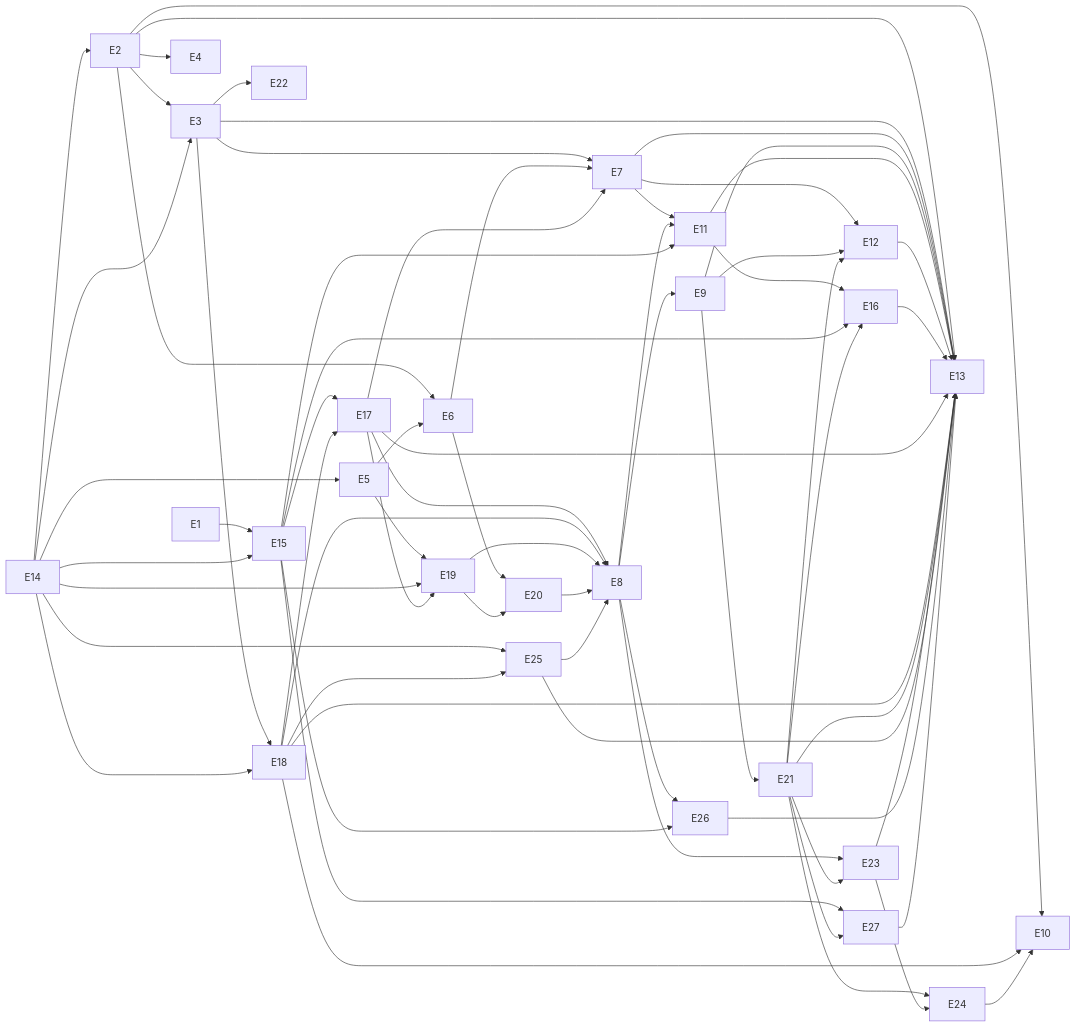
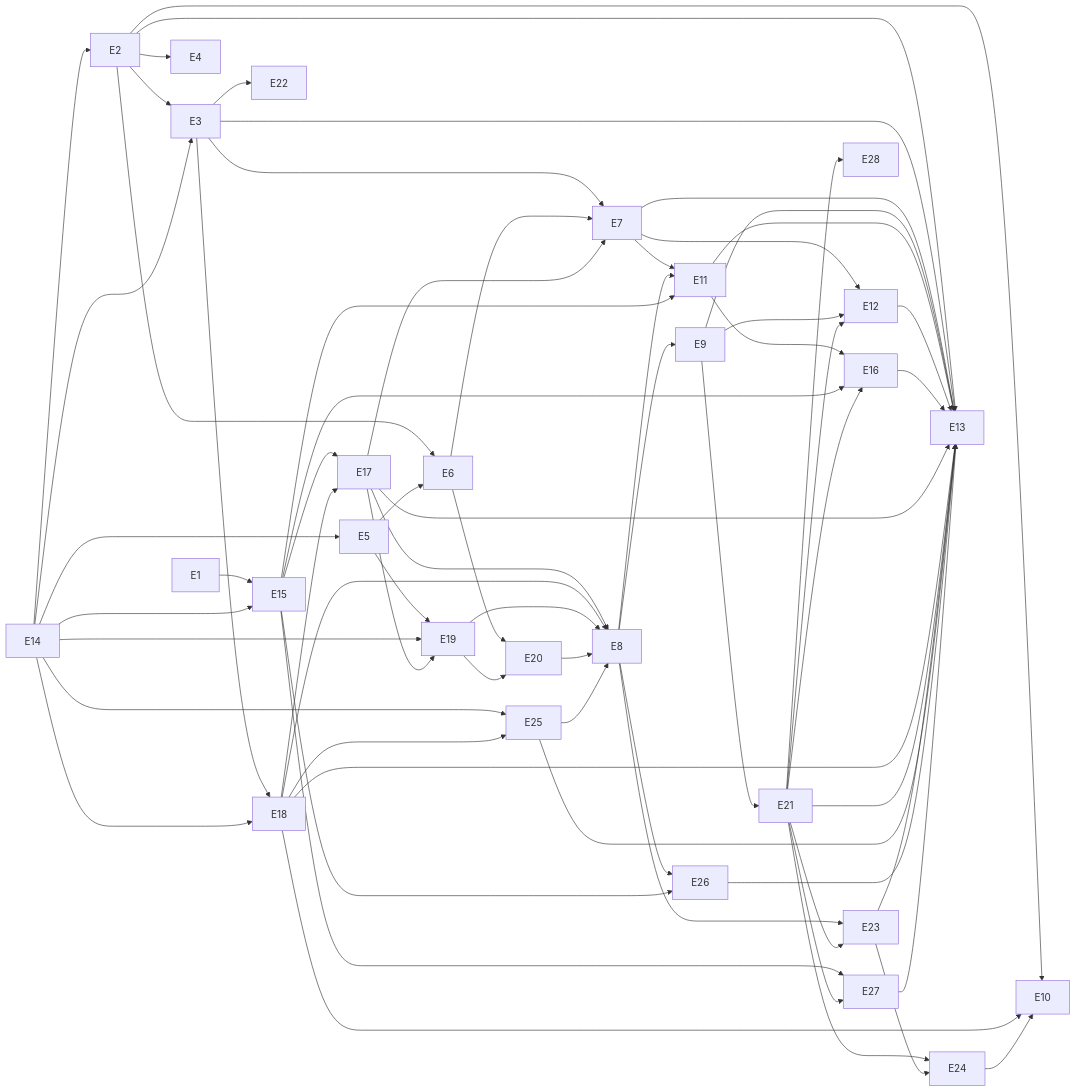
Before and after one commit to odeciojunior/claude-play: the diagram in docs/plans/roadmap-evolucao-skills/critical-path.md, drawn with Mermaid. The commit also changed 5 other files, not shown here.

Commit message:
docs(roadmap): DEC-597 emendada, estratégia v1.6 e card E28

````diff
--- a/docs/plans/roadmap-evolucao-skills/critical-path.md
+++ b/docs/plans/roadmap-evolucao-skills/critical-path.md
@@ -3,68 +3,69 @@
 ```mermaid
 graph LR
   E1 --> E15
   E14 --> E15
   E14 --> E2
   E2 --> E3
   E14 --> E3
   E3 --> E18
   E14 --> E18
   E14 --> E25
   E18 --> E25
   E3 --> E22
   E2 --> E4
   E15 --> E17
   E18 --> E17
   E14 --> E5
   E5 --> E19
   E14 --> E19
   E17 --> E19
   E2 --> E6
   E5 --> E6
   E6 --> E20
   E19 --> E20
   E3 --> E7
   E6 --> E7
   E17 --> E7
   E17 --> E8
   E18 --> E8
   E19 --> E8
   E20 --> E8
   E25 --> E8
   E7 --> E11
   E8 --> E11
   E15 --> E11
   E8 --> E26
   E15 --> E26
   E8 --> E9
   E9 --> E21
   E8 --> E23
   E21 --> E23
   E21 --> E24
   E23 --> E24
   E11 --> E16
   E15 --> E16
   E21 --> E16
   E15 --> E27
   E21 --> E27
+  E21 --> E28
   E2 --> E10
   E18 --> E10
   E24 --> E10
   E7 --> E12
   E9 --> E12
   E21 --> E12
   E2 --> E13
   E3 --> E13
   E7 --> E13
   E9 --> E13
   E11 --> E13
   E12 --> E13
   E16 --> E13
   E17 --> E13
   E18 --> E13
   E21 --> E13
   E23 --> E13
   E25 --> E13
   E26 --> E13
   E27 --> E13
 ```
````
